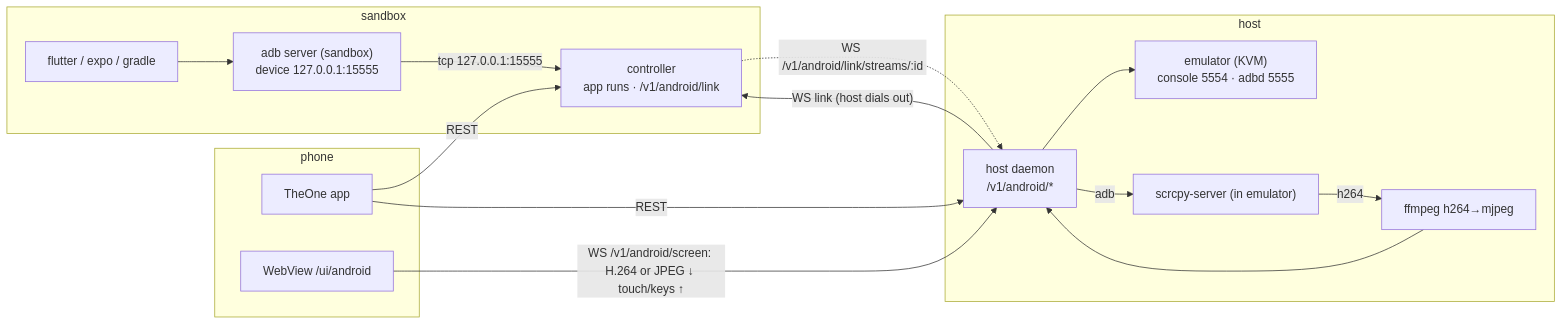
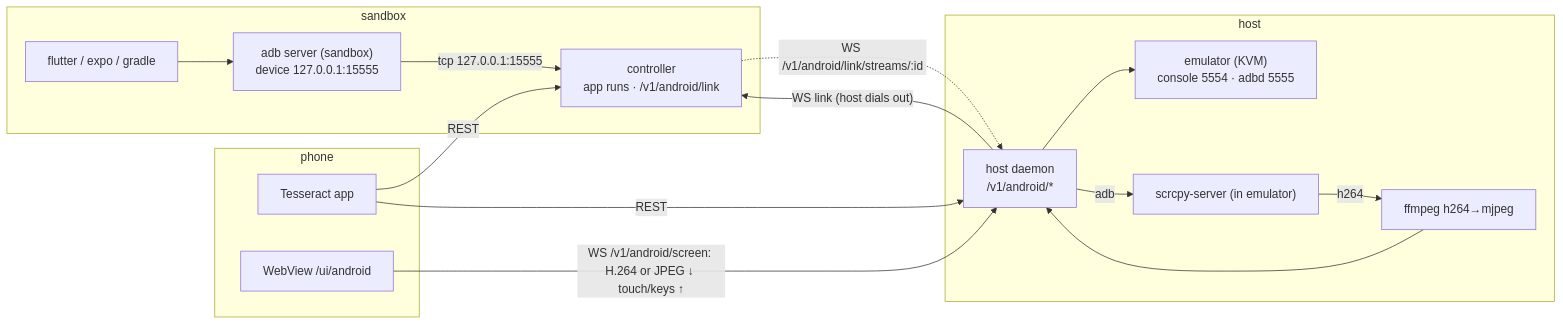
The diagram in docs/architecture/app-runs-and-emulator.md (kevin-roan/tesseract), drawn with Mermaid before and after one commit. The commit also changed other lines of this file and 3196 other files, not shown here.

````diff
--- a/docs/architecture/app-runs-and-emulator.md
+++ b/docs/architecture/app-runs-and-emulator.md
@@ -13,26 +13,26 @@
 ```mermaid
 flowchart LR
   subgraph phone
-    app["TheOne app"]
+    app["Tesseract app"]
     wv["WebView /ui/android"]
   end
   subgraph sandbox
     ctl["controller<br/>app runs · /v1/android/link"]
     adbs["adb server (sandbox)<br/>device 127.0.0.1:15555"]
     dev["flutter / expo / gradle"]
   end
   subgraph host
     hd["host daemon<br/>/v1/android/*"]
     emu["emulator (KVM)<br/>console 5554 · adbd 5555"]
     scr["scrcpy-server (in emulator)"]
     ff["ffmpeg h264→mjpeg"]
   end
   app -->|REST| ctl
   app -->|REST| hd
   wv -->|"WS /v1/android/screen: H.264 or JPEG ↓ touch/keys ↑"| hd
   hd -->|"WS link (host dials out)"| ctl
   dev --> adbs -->|"tcp 127.0.0.1:15555"| ctl
   ctl -.->|"WS /v1/android/link/streams/:id"| hd --> emu
   hd -->|adb| scr
   scr -->|h264| ff --> hd
 ```
````
